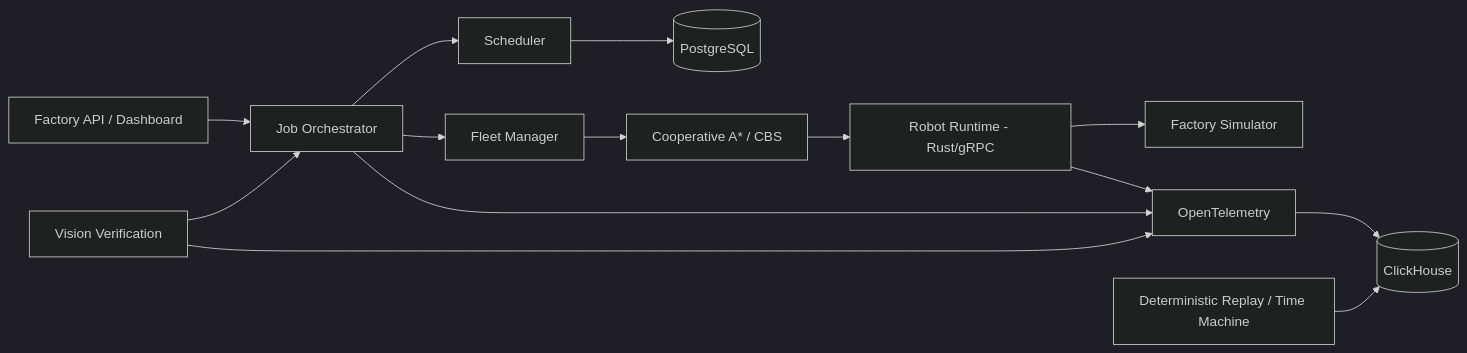
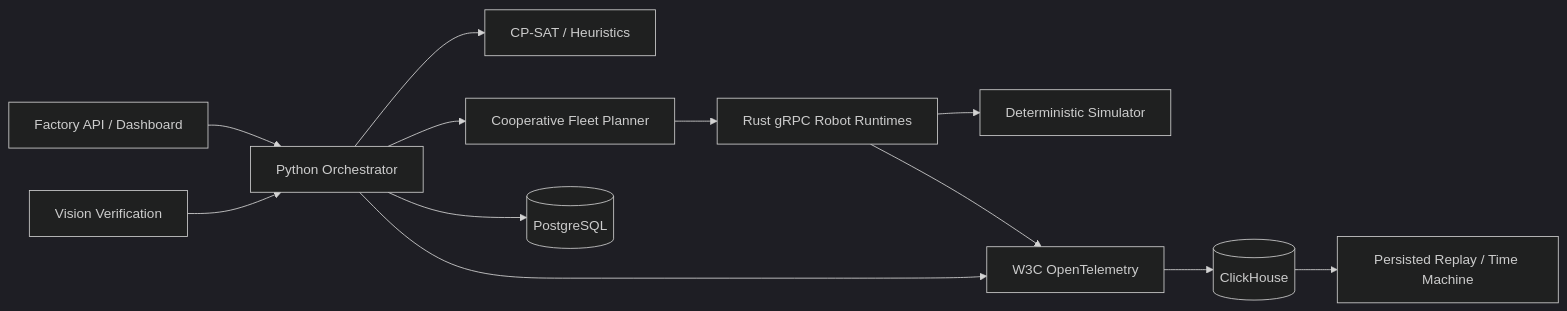
Before and after one commit to sri1650/autonomous-microfactory-os: the diagram in README.md, drawn with Mermaid (dark theme). The commit also changed other lines of this file and 2 other files, not shown here.

````diff
--- a/README.md
+++ b/README.md
@@ -63,16 +24,14 @@
 ```mermaid
 flowchart LR
-    API[Factory API / Dashboard] --> ORCH[Job Orchestrator]
-    ORCH --> SCH[Scheduler]
-    ORCH --> FLEET[Fleet Manager]
-    SCH --> DB[(PostgreSQL)]
-    FLEET --> PLAN[Cooperative A* / CBS]
-    PLAN --> RT[Robot Runtime - Rust/gRPC]
-    RT --> SIM[Factory Simulator]
-    VIS[Vision Verification] --> ORCH
-    ORCH --> OTEL[OpenTelemetry]
-    RT --> OTEL
-    VIS --> OTEL
-    OTEL --> CH[(ClickHouse)]
-    REPLAY[Deterministic Replay / Time Machine] --> CH
+    API[Factory API / Dashboard] --> O[Python Orchestrator]
+    O --> S[CP-SAT / Heuristics]
+    O --> F[Cooperative Fleet Planner]
+    O --> P[(PostgreSQL)]
+    F --> R[Rust gRPC Robot Runtimes]
+    R --> SIM[Deterministic Simulator]
+    V[Vision Verification] --> O
+    O --> T[W3C OpenTelemetry]
+    R --> T
+    T --> C[(ClickHouse)]
+    C --> RP[Persisted Replay / Time Machine]
 ```
````
